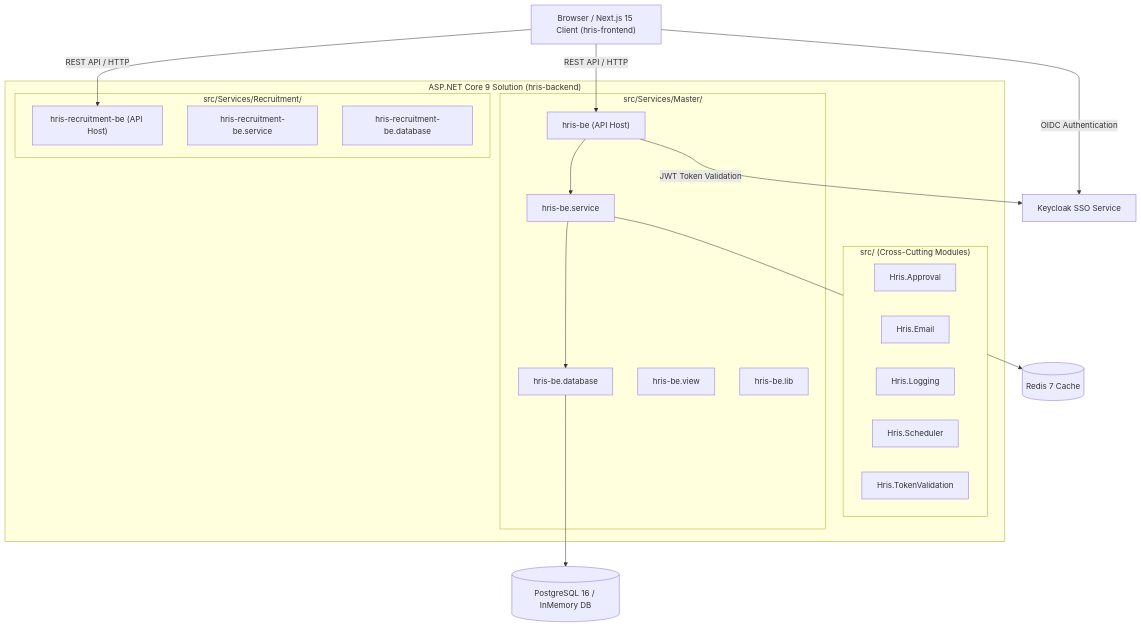
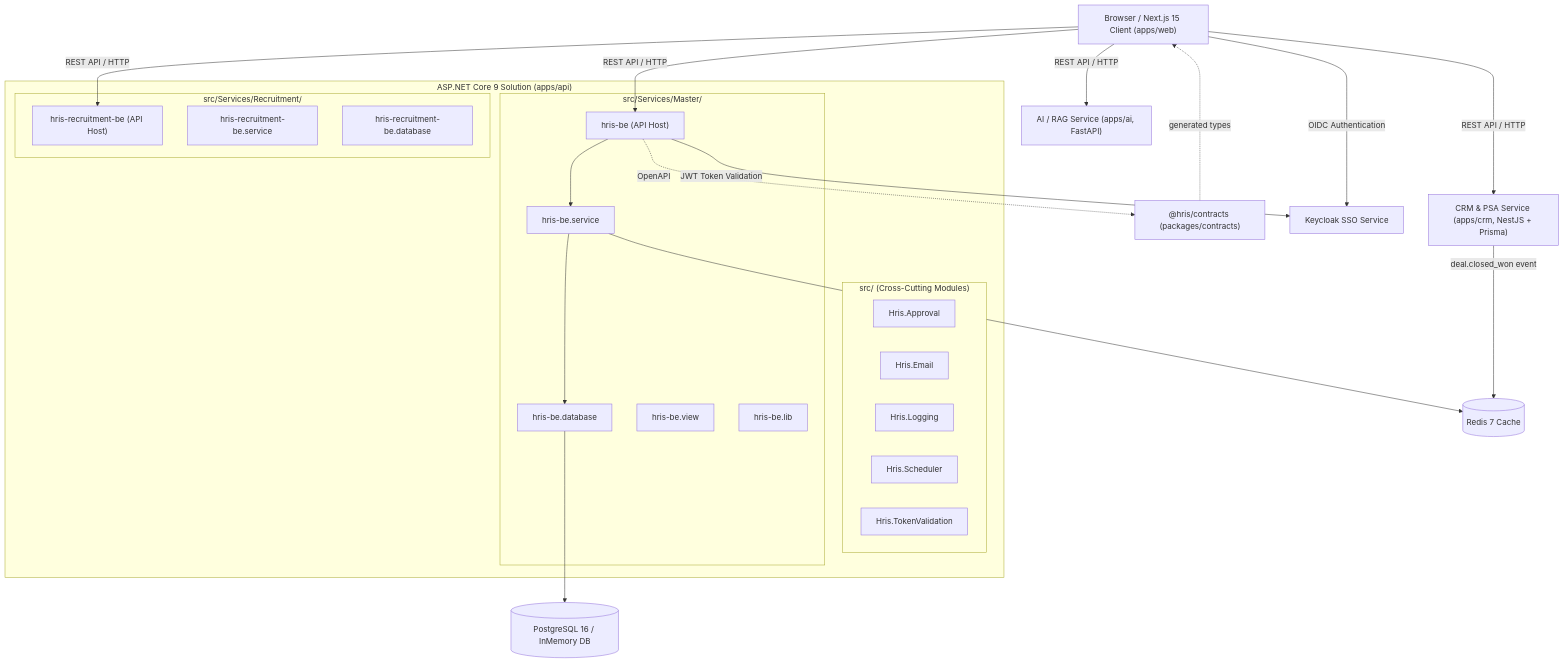
The diagram in AGENTS.md (JustALearner101/hris-project), drawn with Mermaid before and after one commit. The commit also changed other lines of this file and 13 other files, not shown here.

First line of the commit message:
docs: update paths for apps/ + packages/ + infra/ restructure

````diff
--- a/AGENTS.md
+++ b/AGENTS.md
@@ -101,41 +111,50 @@
 ```mermaid
 graph TD
-    Client["Browser / Next.js 15 Client (hris-frontend)"]
-    
-    subgraph Backend ["ASP.NET Core 9 Solution (hris-backend)"]
+    Client["Browser / Next.js 15 Client (apps/web)"]
+
+    subgraph Backend ["ASP.NET Core 9 Solution (apps/api)"]
         subgraph Shared ["src/ (Cross-Cutting Modules)"]
             Approval["Hris.Approval"]
             Email["Hris.Email"]
             Logging["Hris.Logging"]
             Scheduler["Hris.Scheduler"]
             TokenVal["Hris.TokenValidation"]
         end
 
         subgraph MasterService ["src/Services/Master/"]
             MasterHost["hris-be (API Host)"]
             MasterServiceLayer["hris-be.service"]
             MasterDbLayer["hris-be.database"]
             MasterViewLayer["hris-be.view"]
             MasterLibLayer["hris-be.lib"]
         end
 
         subgraph RecruitmentService ["src/Services/Recruitment/"]
             RecruitmentHost["hris-recruitment-be (API Host)"]
             RecruitmentServiceLayer["hris-recruitment-be.service"]
             RecruitmentDbLayer["hris-recruitment-be.database"]
         end
     end
 
+    AI["AI / RAG Service (apps/ai, FastAPI)"]
+    CRM["CRM & PSA Service (apps/crm, NestJS + Prisma)"]
+    Contracts["@hris/contracts (packages/contracts)"]
+
     DB[("PostgreSQL 16 / InMemory DB")]
     Cache[("Redis 7 Cache")]
     SSO["Keycloak SSO Service"]
 
     Client -->|REST API / HTTP| MasterHost
     Client -->|REST API / HTTP| RecruitmentHost
+    Client -->|REST API / HTTP| AI
+    Client -->|REST API / HTTP| CRM
     MasterHost --> MasterServiceLayer
     MasterServiceLayer --> MasterDbLayer
     MasterDbLayer --> DB
     MasterServiceLayer --> Cache
     Client -->|OIDC Authentication| SSO
     MasterHost -->|JWT Token Validation| SSO
+    Contracts -.->|generated types| Client
+    MasterHost -.->|OpenAPI| Contracts
+    CRM -->|deal.closed_won event| Cache
 ```
````
